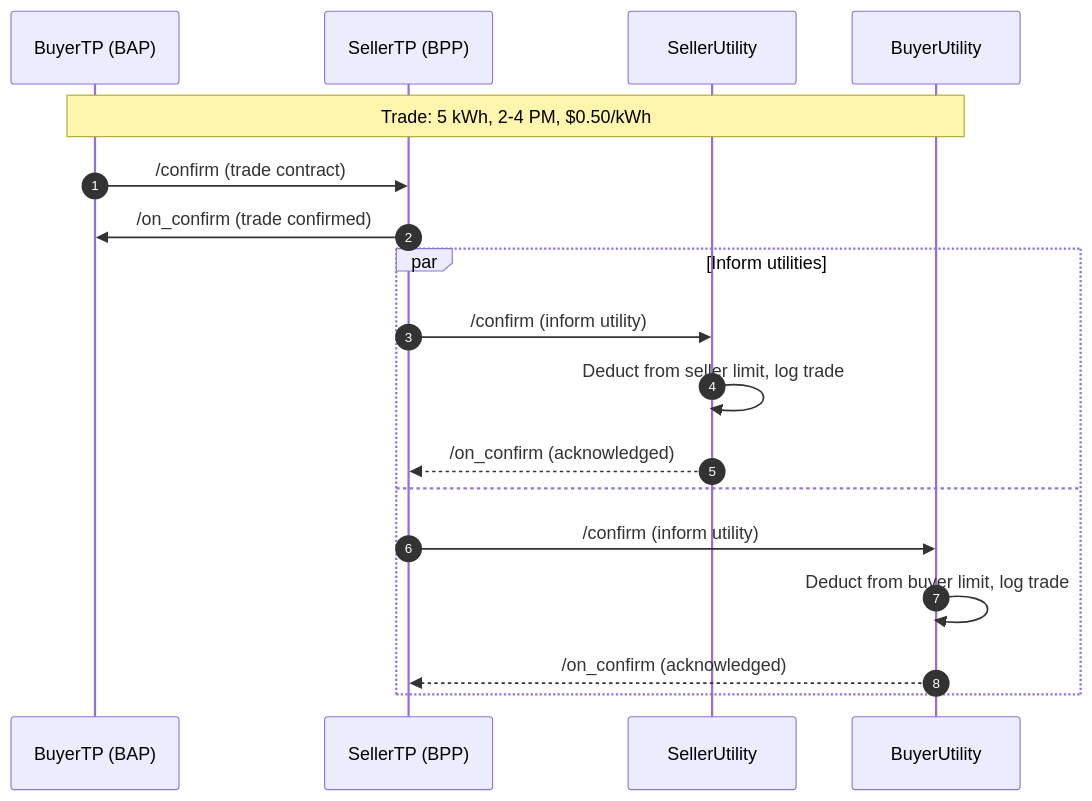
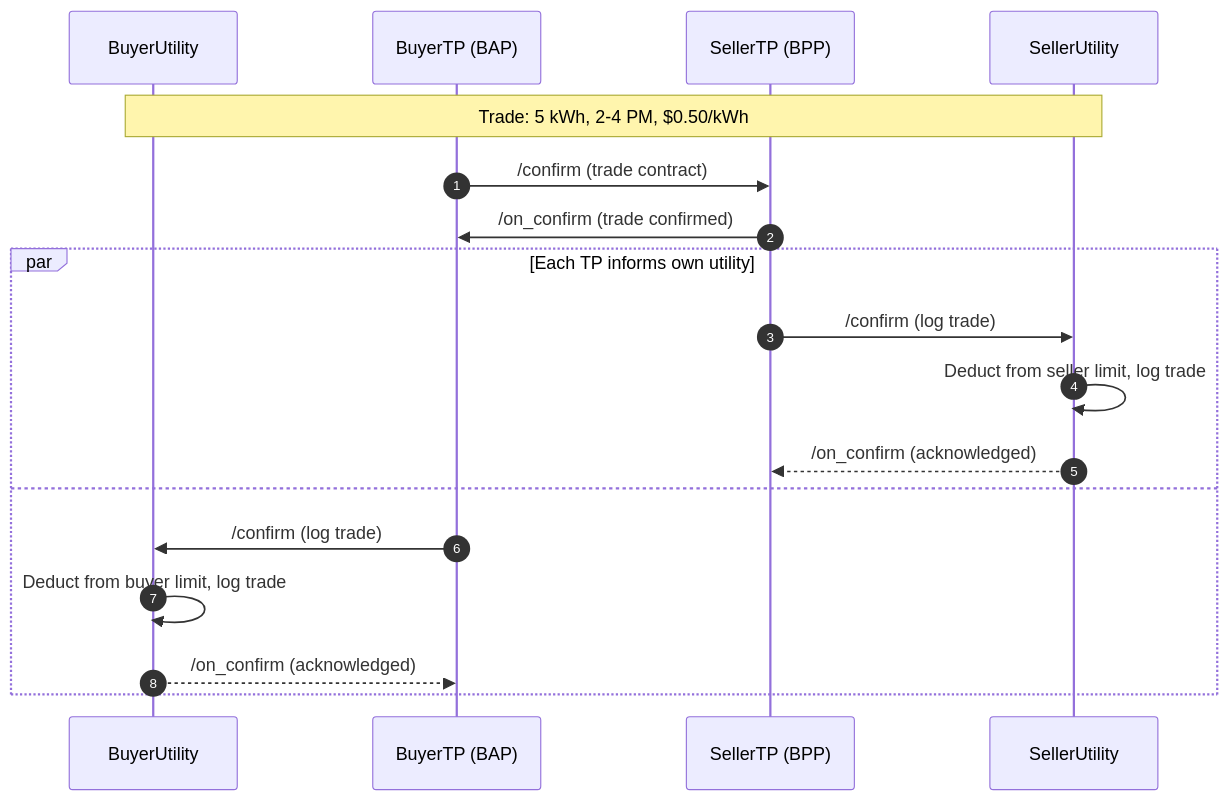
Before and after one commit to areebahmeddd/digital-energy-grid: the fifth of 10 diagrams in docs/implementation-guides/v2/P2P_Trading/Inter_energy_retailer_P2P_trading_altarch_draft.md, drawn with Mermaid. The commit also changed other lines of this file, not shown here.

Commit message:
update seq diagram

````diff
--- a/docs/implementation-guides/v2/P2P_Trading/Inter_energy_retailer_P2P_trading_altarch_draft.md
+++ b/docs/implementation-guides/v2/P2P_Trading/Inter_energy_retailer_P2P_trading_altarch_draft.md
@@ -225,22 +252,22 @@
 ```mermaid
 sequenceDiagram
     autonumber
+    participant BuyerUtility as BuyerUtility
     participant BuyerTP as BuyerTP (BAP)
     participant SellerTP as SellerTP (BPP)
     participant SellerUtility as SellerUtility
-    participant BuyerUtility as BuyerUtility
 
-    Note over BuyerTP,BuyerUtility: Trade: 5 kWh, 2-4 PM, $0.50/kWh
+    Note over BuyerUtility,SellerUtility: Trade: 5 kWh, 2-4 PM, $0.50/kWh
 
     BuyerTP->>SellerTP: /confirm (trade contract)
     SellerTP->>BuyerTP: /on_confirm (trade confirmed)
-    par Inform utilities
-        SellerTP->>SellerUtility: /confirm (inform utility)
+    par Each TP informs own utility
+        SellerTP->>SellerUtility: /confirm (log trade)
         SellerUtility->>SellerUtility: Deduct from seller limit, log trade
         SellerUtility-->>SellerTP: /on_confirm (acknowledged)
     and
-        SellerTP->>BuyerUtility: /confirm (inform utility)
+        BuyerTP->>BuyerUtility: /confirm (log trade)
         BuyerUtility->>BuyerUtility: Deduct from buyer limit, log trade
-        BuyerUtility-->>SellerTP: /on_confirm (acknowledged)
+        BuyerUtility-->>BuyerTP: /on_confirm (acknowledged)
     end
 ```
````
